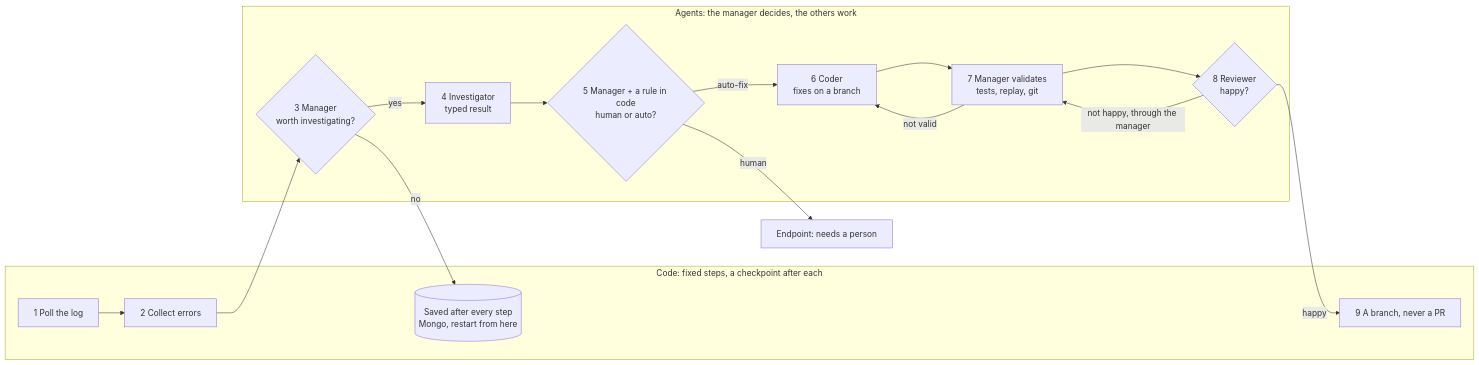
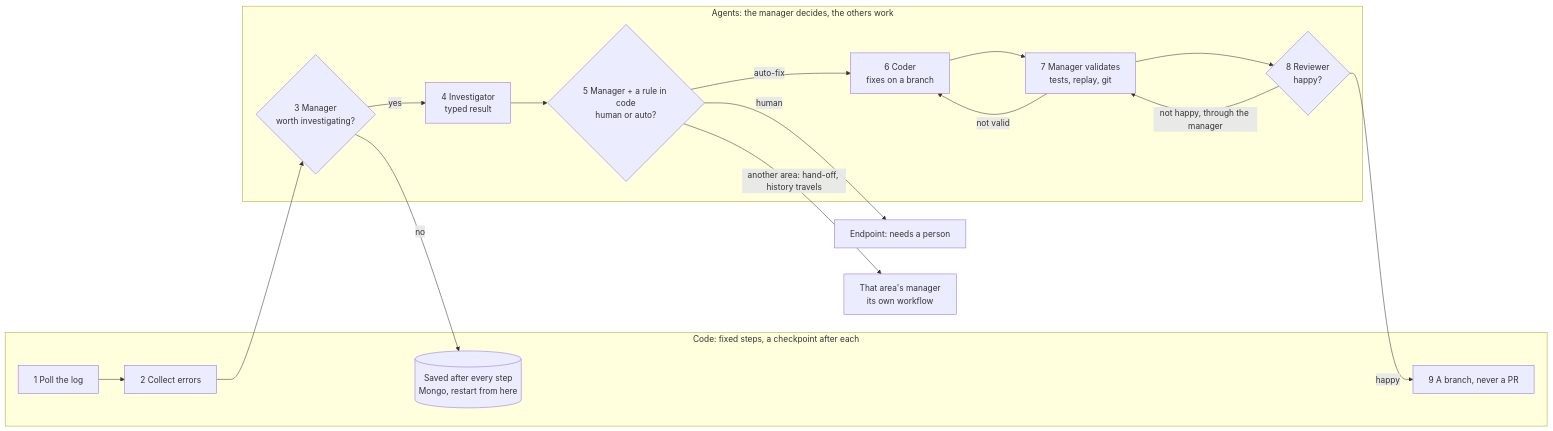
Before and after one commit to bosbevk/louis-agent: the diagram in src/docs/plans/F106-framework-track.md, drawn with Mermaid. The commit also changed other lines of this file, not shown here.

First line of the commit message:
docs(f106): a hand-off between two managers in the triage demo

````diff
--- a/src/docs/plans/F106-framework-track.md
+++ b/src/docs/plans/F106-framework-track.md
@@ -71,25 +71,26 @@
 ```mermaid
 flowchart LR
     subgraph code["Code: fixed steps, a checkpoint after each"]
         poll["1 Poll the log"] --> collect["2 Collect errors"]
         save[("Saved after every step<br/>Mongo, restart from here")]
         branch["9 A branch, never a PR"]
     end
     subgraph agents["Agents: the manager decides, the others work"]
         m1{"3 Manager<br/>worth investigating?"}
         inv["4 Investigator<br/>typed result"]
         m2{"5 Manager + a rule in code<br/>human or auto?"}
         coder["6 Coder<br/>fixes on a branch"]
         m3["7 Manager validates<br/>tests, replay, git"]
         rev{"8 Reviewer<br/>happy?"}
     end
     human["Endpoint: needs a person"]
     collect --> m1
     m1 -- yes --> inv --> m2
     m1 -- no --> save
     m2 -- human --> human
+    m2 -- "another area: hand-off, history travels" --> ops["That area's manager<br/>its own workflow"]
     m2 -- auto-fix --> coder --> m3 --> rev
     rev -- happy --> branch
     rev -- "not happy, through the manager" --> m3
     m3 -- "not valid" --> coder
 ```
````
